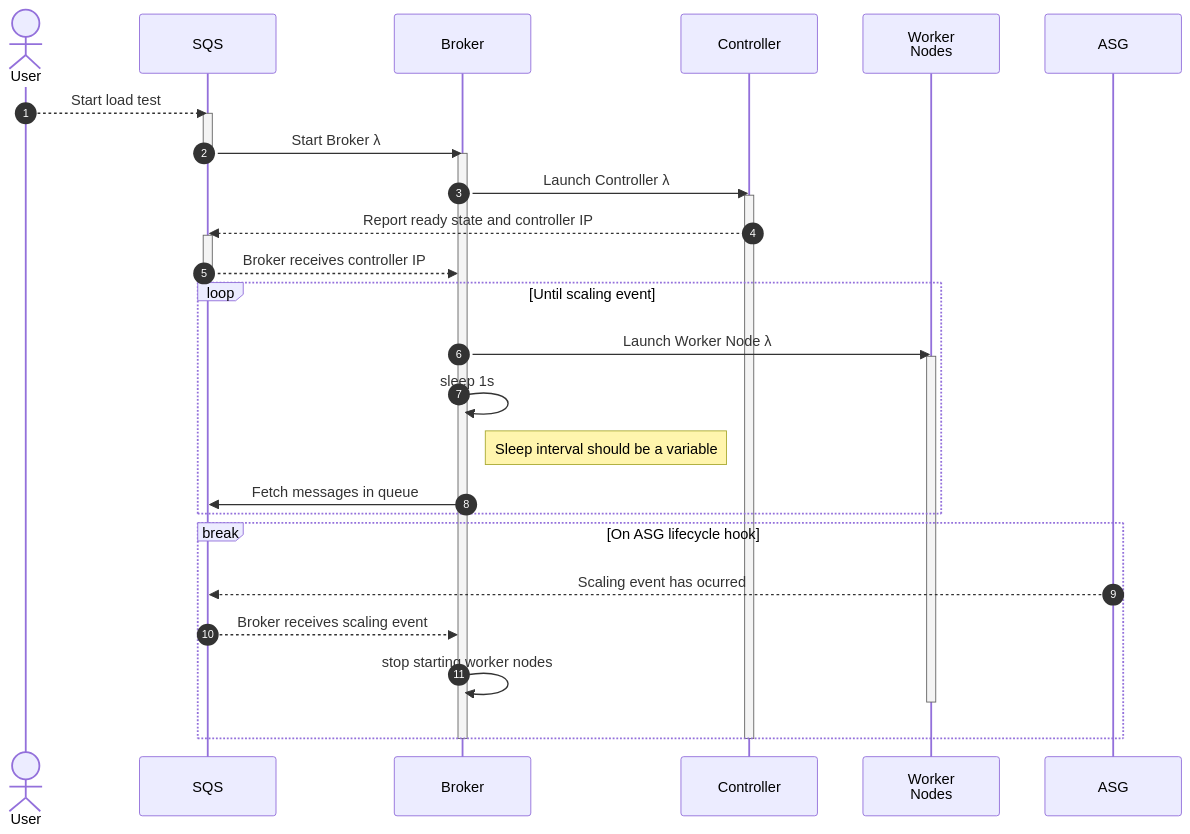
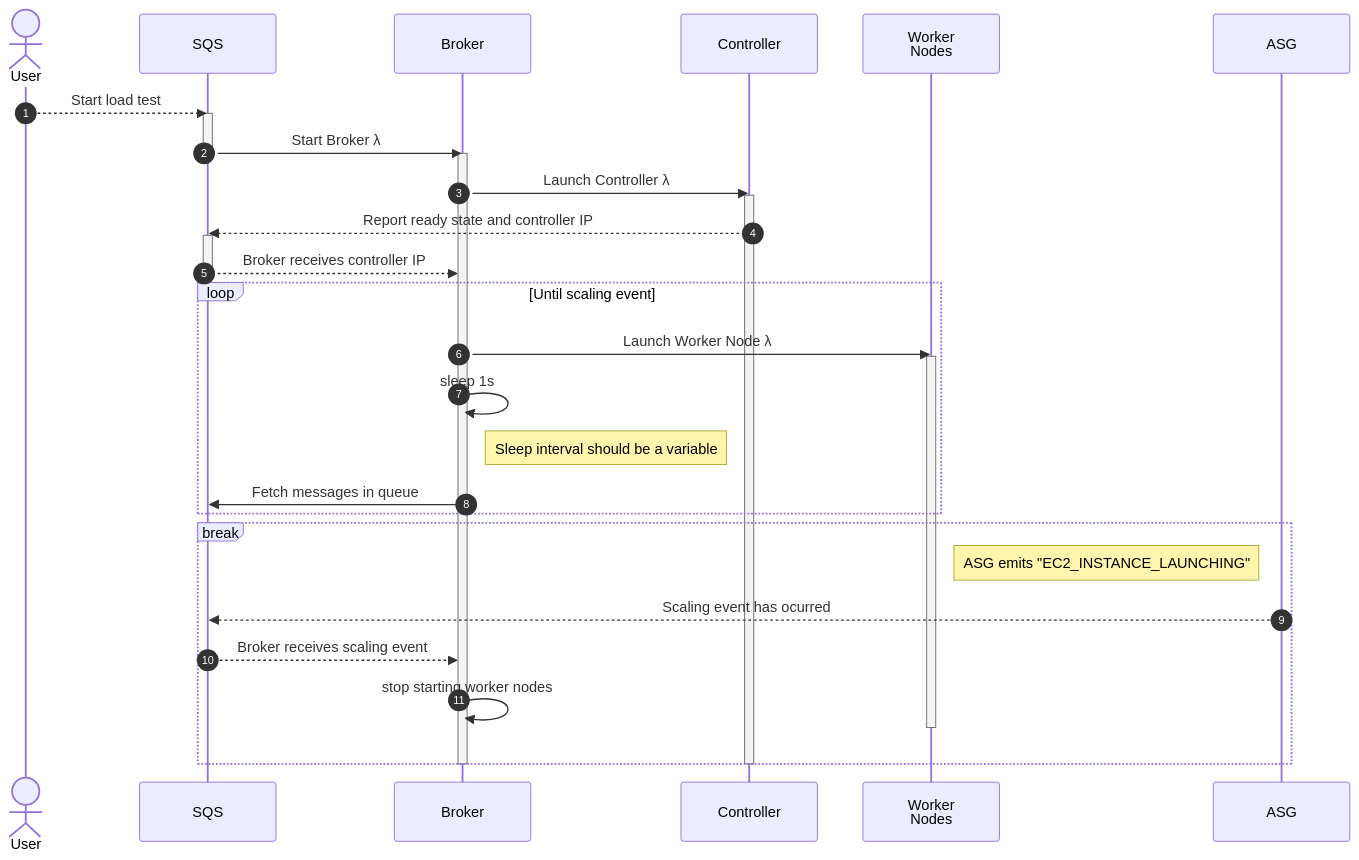
Before and after one commit to CMSgov/beneficiary-fhir-data: the diagram in apps/utils/locust_tests/lambda/server-load/README.md, drawn with Mermaid.

Commit message:
Move break message to note to try to appease github

````diff
--- a/apps/utils/locust_tests/lambda/server-load/README.md
+++ b/apps/utils/locust_tests/lambda/server-load/README.md
@@ -1,36 +1,37 @@
 ```mermaid
 sequenceDiagram
     autonumber
     actor u as User
     participant sqs as SQS
     participant b as Broker
     participant c as Controller
     participant n AS Worker<br />Nodes
     participant asg as ASG
     u -->> sqs: Start load test
     activate sqs
     sqs ->> b: Start Broker #lambda;
     deactivate sqs
     activate b
     b ->> c: Launch Controller #lambda;
     activate c
     c -->> sqs: Report ready state and controller IP
     activate sqs
     sqs -->> b: Broker receives controller IP
     deactivate sqs
     loop Until scaling event
         b ->> n: Launch Worker Node #lambda;
         activate n
         b ->> b: sleep 1s
         Note right of b: Sleep interval should be a variable
         b ->> sqs: Fetch messages in queue
     end
-    break On ASG lifecycle hook
+    break
+        Note left of asg: ASG emits "EC2_INSTANCE_LAUNCHING"
         asg -->> sqs: Scaling event has ocurred
         sqs -->> b: Broker receives scaling event
         b ->> b: stop starting worker nodes
         deactivate n
     end
     deactivate c
     deactivate b
 ```
````
